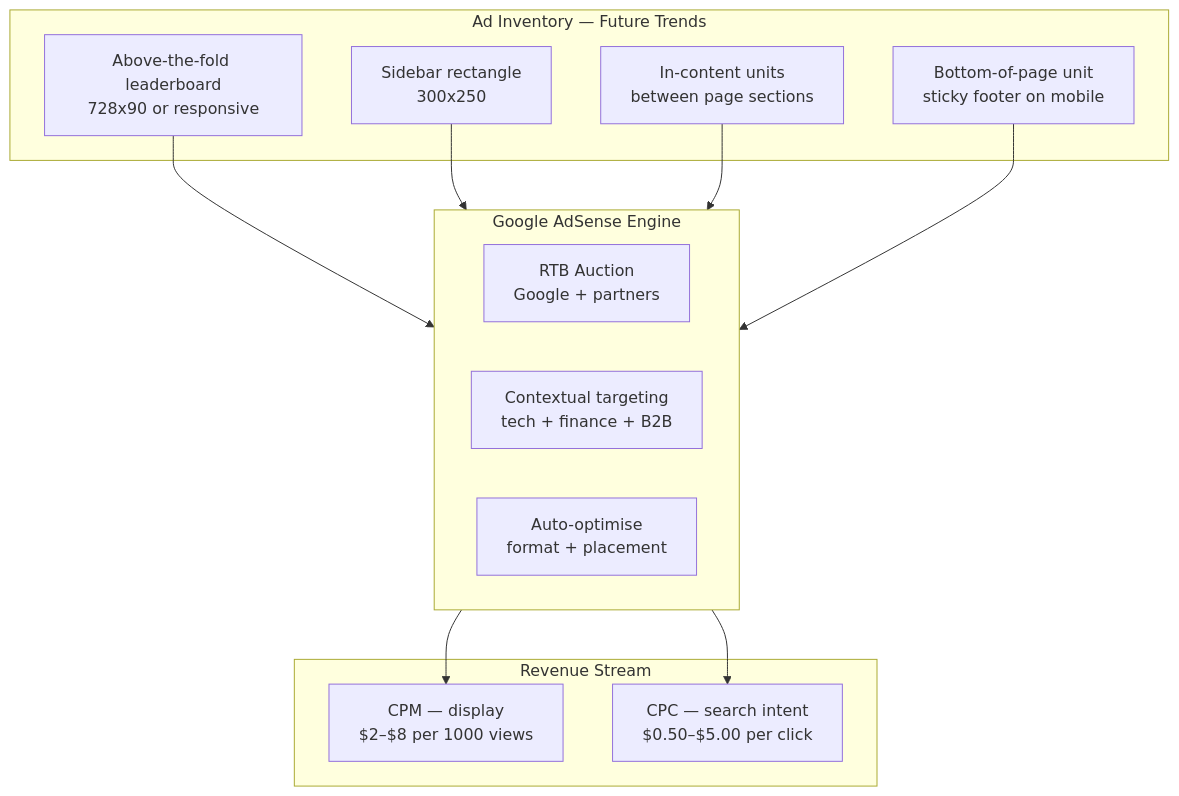
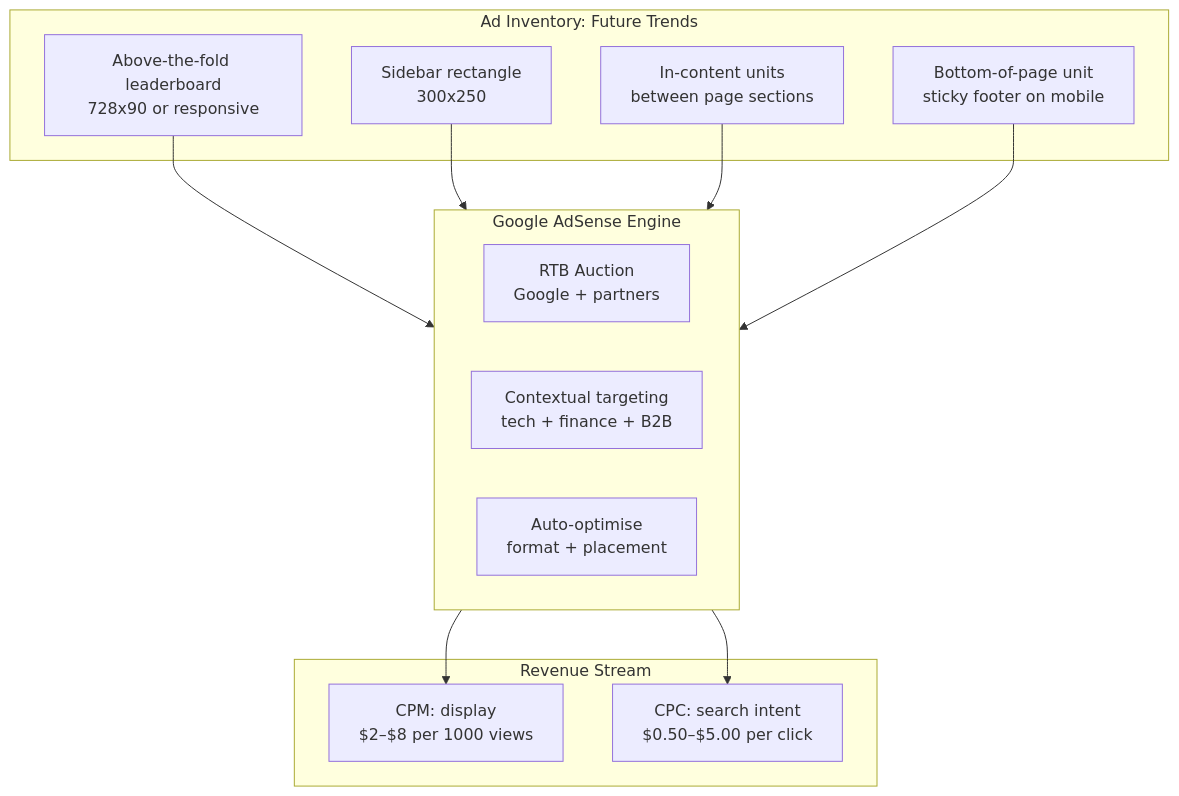
Before and after one commit to mengliang10/future: the first of 4 diagrams in enhancements/07-monetize-adsense.md, drawn with Mermaid. The commit also changed other lines of this file and 348 other files, not shown here.

Commit message:
Global removal of em-dashes, homepage section reordering, and flow improvements

````diff
--- a/enhancements/07-monetize-adsense.md
+++ b/enhancements/07-monetize-adsense.md
@@ -13,27 +13,27 @@
 ```mermaid
 graph TD
-    subgraph Inventory["Ad Inventory — Future Trends"]
+    subgraph Inventory["Ad Inventory: Future Trends"]
         ABOVE[Above-the-fold leaderboard\n728x90 or responsive]
         SIDEBAR[Sidebar rectangle\n300x250]
         INMID[In-content units\nbetween page sections]
         BOTTOM[Bottom-of-page unit\nsticky footer on mobile]
     end
 
     subgraph AdSense["Google AdSense Engine"]
         AUCTION[RTB Auction\nGoogle + partners]
         TARGET[Contextual targeting\ntech + finance + B2B]
         OPT[Auto-optimise\nformat + placement]
     end
 
     subgraph Revenue["Revenue Stream"]
-        CPM[CPM — display\n$2–$8 per 1000 views]
-        CPC[CPC — search intent\n$0.50–$5.00 per click]
+        CPM[CPM: display\n$2–$8 per 1000 views]
+        CPC[CPC: search intent\n$0.50–$5.00 per click]
     end
 
     ABOVE --> AdSense
     SIDEBAR --> AdSense
     INMID --> AdSense
     BOTTOM --> AdSense
     AdSense --> CPM
     AdSense --> CPC
 ```
````
